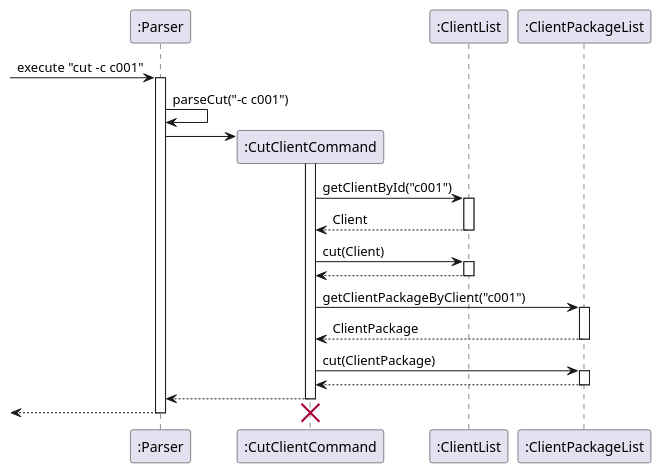
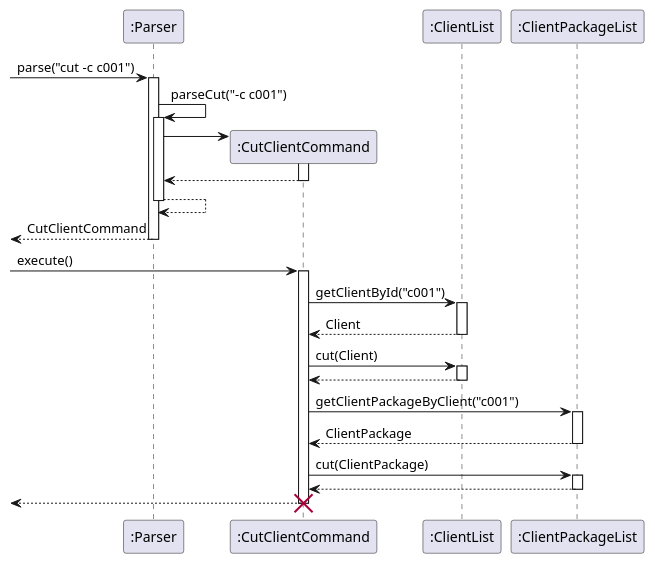
Before and after one commit to nus-cs2113-AY2122S1/tp: the diagram in src/main/java/seedu/uml/CutClientCommand.puml, drawn with PlantUML. The commit also changed 13 other files, not shown here.

Commit message:
Fix DG UML diagram bugs, refactor magic Strings in test for cut commands

```diff
--- a/src/main/java/seedu/uml/CutClientCommand.puml
+++ b/src/main/java/seedu/uml/CutClientCommand.puml
@@ -1,41 +1,51 @@
 @startuml
 
 participant ":Parser" as Parser
 participant ":CutClientCommand" as CCC
 participant ":ClientList" as ClientList
 participant ":ClientPackageList" as ClientPackageList
 
--> Parser: execute "cut -c c001"
+-> Parser: parse("cut -c c001")
 activate Parser
 Parser -> Parser : parseCut("-c c001")
+activate Parser
 
 create CCC
 Parser -> CCC
+activate CCC
+CCC --> Parser
+deactivate CCC
+Parser --> Parser
+deactivate Parser
+
+<-- Parser: CutClientCommand
+deactivate Parser
+
+-> CCC: execute()
 activate CCC
 
 CCC -> ClientList : getClientById("c001")
 activate ClientList
 ClientList --> CCC : Client
 deactivate ClientList
 
 CCC -> ClientList : cut(Client)
 activate ClientList
 ClientList --> CCC
 deactivate ClientList
 
 CCC -> ClientPackageList : getClientPackageByClient("c001")
 activate ClientPackageList
 ClientPackageList --> CCC : ClientPackage
 deactivate ClientPackageList
 
 CCC -> ClientPackageList : cut(ClientPackage)
 activate ClientPackageList
 ClientPackageList --> CCC
 deactivate ClientPackageList
 
-CCC --> Parser
+<-- CCC
 deactivate CCC
-<-- Parser
 deactivate Parser
 destroy CCC
 @enduml
```
